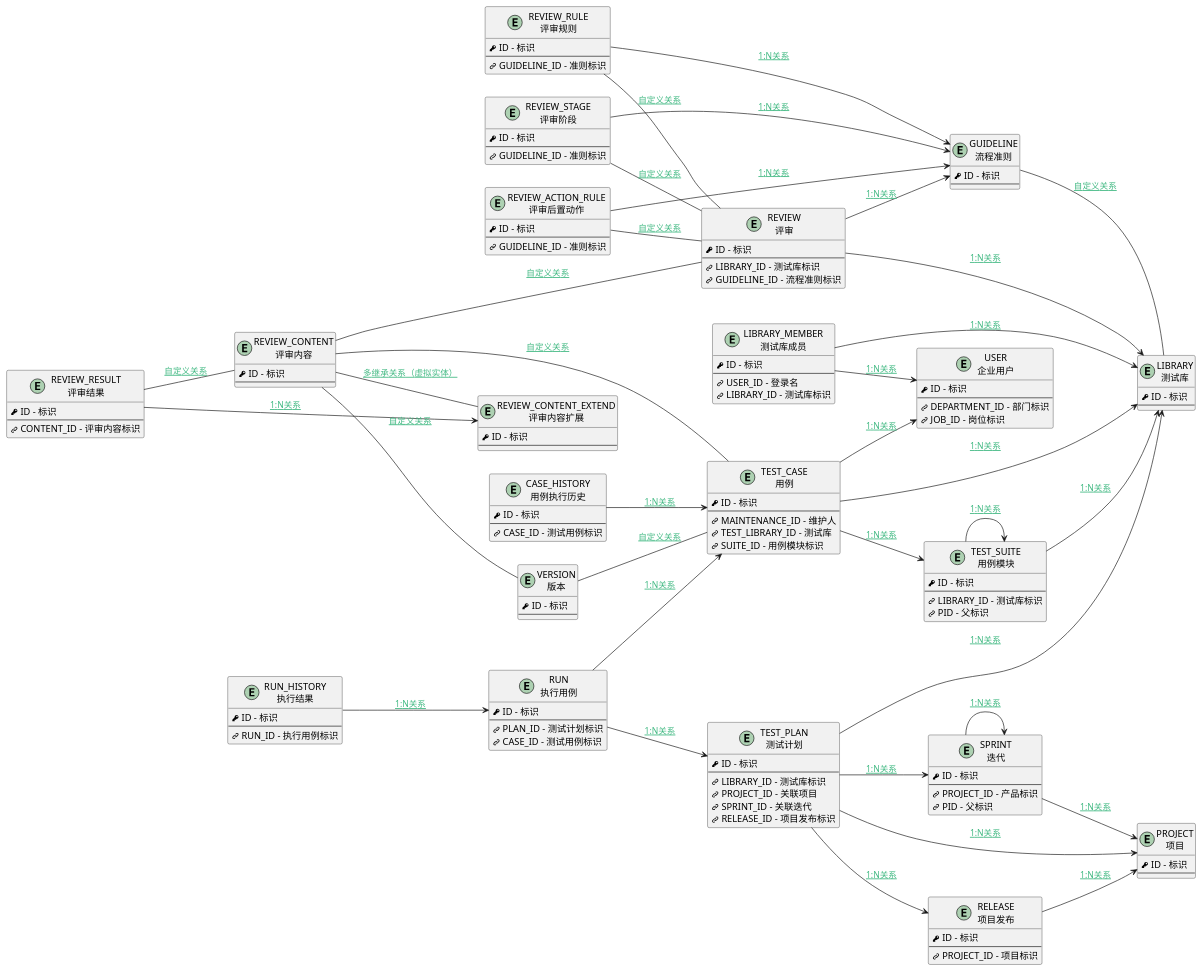
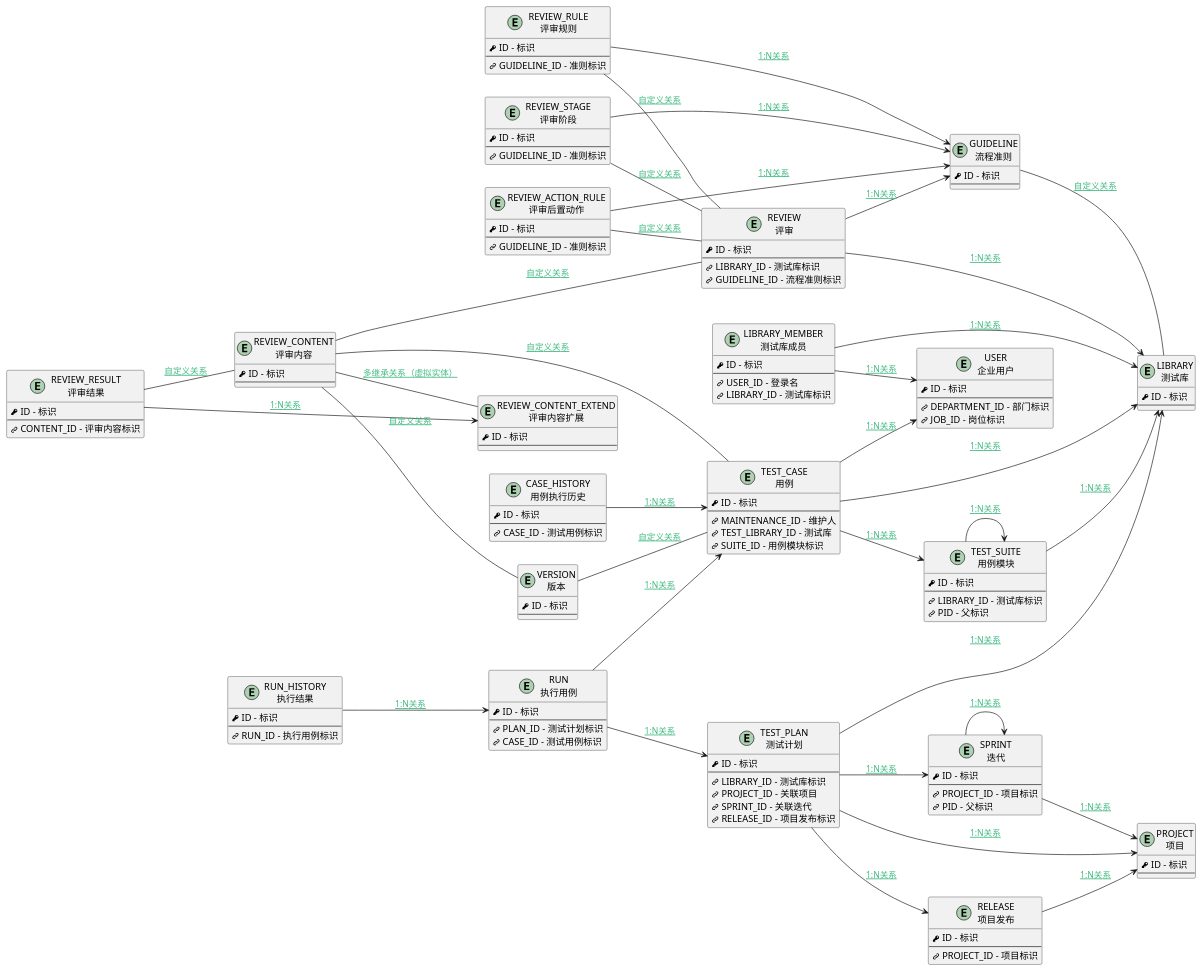
The diagram in doc/docsify/er/test_mgmt.md (iBizLab/plm), drawn with PlantUML before and after one commit. The commit also changed 2688 other files, not shown here.

```diff
--- a/doc/docsify/er/test_mgmt.md
+++ b/doc/docsify/er/test_mgmt.md
@@ -86,7 +86,7 @@
 entity "SPRINT\n迭代" as SPRINT [[$../module/ProjMgmt/sprint {迭代}]] {
         <&key> ID - 标识
         --
-        <&link-intact> PROJECT_ID - 产品标识
+        <&link-intact> PROJECT_ID - 项目标识
         <&link-intact> PID - 父标识
 }
 entity "TEST_CASE\n用例" as TEST_CASE [[$../module/TestMgmt/test_case {用例}]] {
```
